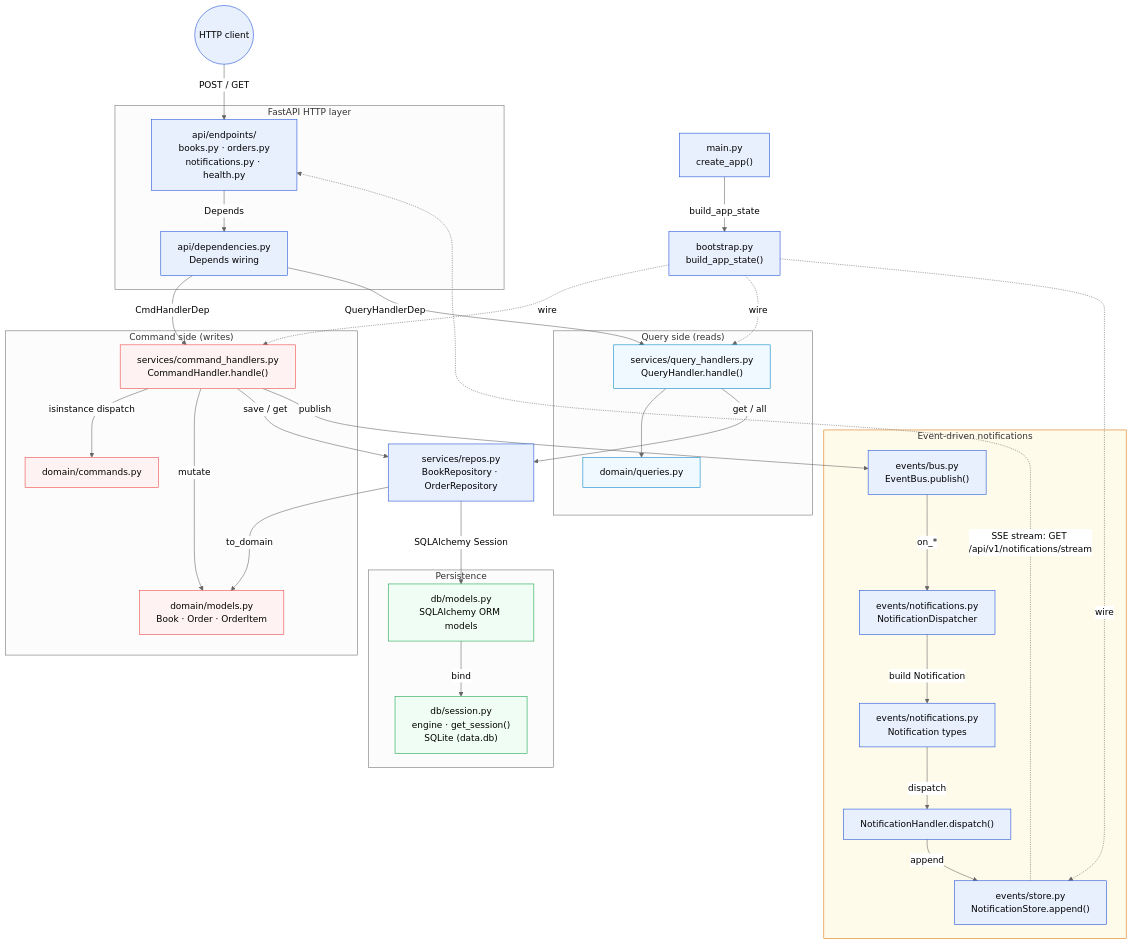
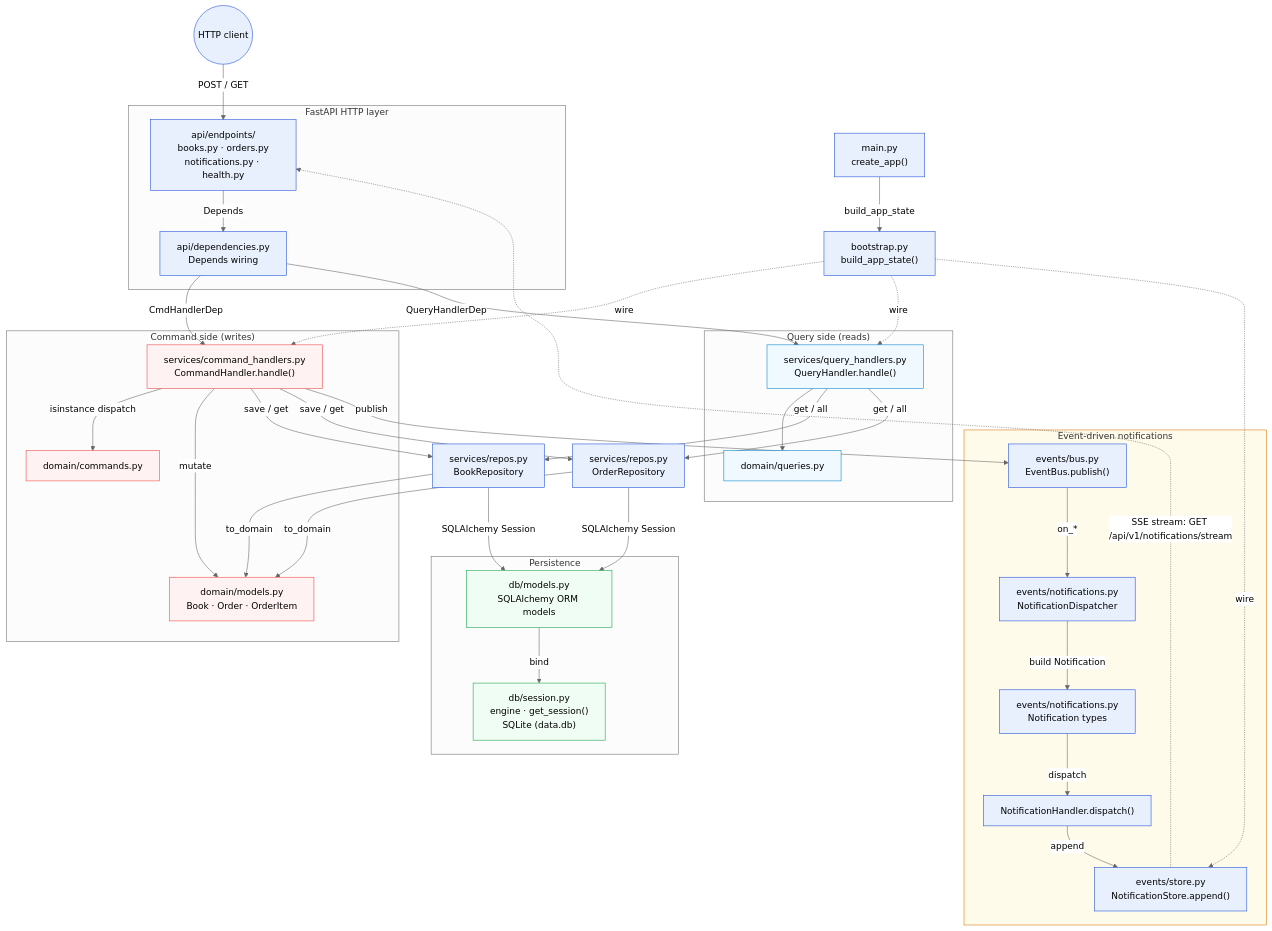
Before and after one commit to m-prunty/shippybooks: the third of 3 diagrams in README.md, drawn with Mermaid (neutral theme). The commit also changed 3 other files, not shown here.

First line of the commit message:
fix(diagrams): split OrderRepository into its own node in control-flow diagram

````diff
--- a/README.md
+++ b/README.md
@@ -439,8 +439,10 @@
 Book · Order · OrderItem"]:::command
     end
 
-    Repos["services/repos.py
-BookRepository · OrderRepository"]
+    BookRepo["services/repos.py
+BookRepository"]
+    OrderRepo["services/repos.py
+OrderRepository"]
 
     subgraph Persist ["Persistence"]
         ORM["db/models.py
@@ -480,8 +482,10 @@
 
     CmdHandler -->|isinstance dispatch| Commands
     CmdHandler -->|mutate| Aggregates
-    CmdHandler -->|save / get| Repos
-    Repos -->|SQLAlchemy Session| ORM
+    CmdHandler -->|save / get| BookRepo
+    CmdHandler -->|save / get| OrderRepo
+    BookRepo -->|SQLAlchemy Session| ORM
+    OrderRepo -->|SQLAlchemy Session| ORM
     ORM -->|bind| Session
 
     CmdHandler -->|publish| Bus
@@ -491,8 +495,10 @@
     Handler -->|append| Store
 
     QH --> Queries
-    QH -->|get / all| Repos
-    Repos -->|to_domain| Aggregates
+    QH -->|get / all| BookRepo
+    QH -->|get / all| OrderRepo
+    BookRepo -->|to_domain| Aggregates
+    OrderRepo -->|to_domain| Aggregates
 
     Store -.->|SSE stream: GET /api/v1/notifications/stream| Endpoints
 ```
````
